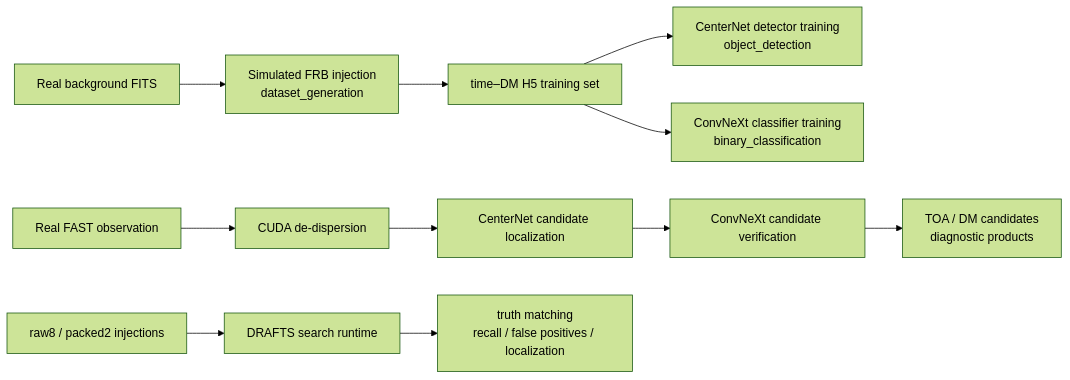
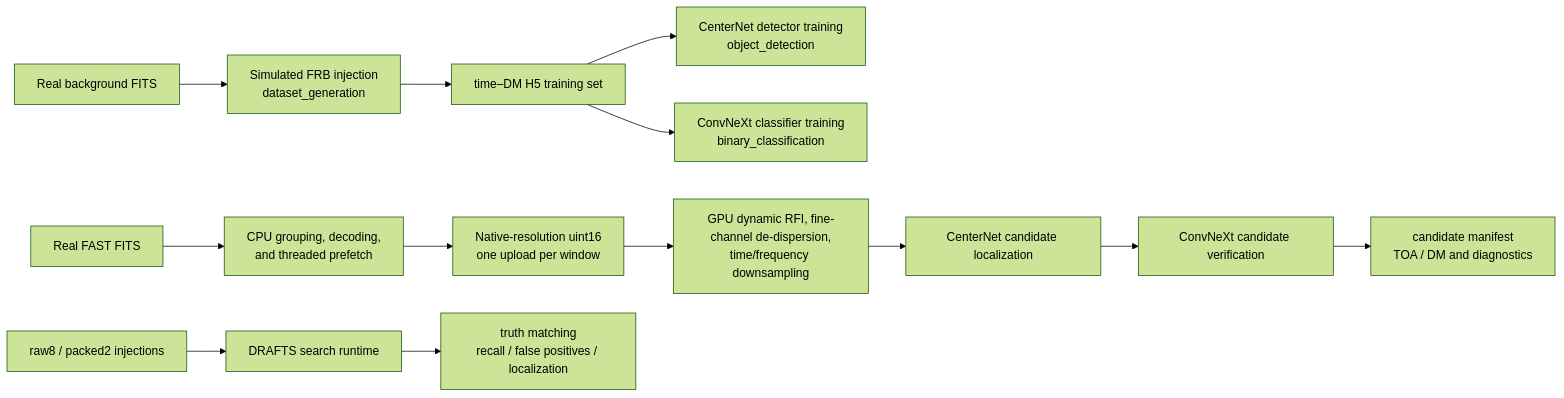
One commit to SukiYume/DRAFTS changed the diagram in README.en.md. Above: the diagram before and after it, drawn with Mermaid (forest theme). The commit also changed other lines of this file and 14 other files, not shown here.

````diff
--- a/README.en.md
+++ b/README.en.md
@@ -64,13 +70,15 @@
 ```mermaid
 flowchart LR
     A["Real background FITS"] --> B["Simulated FRB injection<br/>dataset_generation"]
     B --> C["time–DM H5 training set"]
     C --> D["CenterNet detector training<br/>object_detection"]
     C --> E["ConvNeXt classifier training<br/>binary_classification"]
-    F["Real FAST observation"] --> G["CUDA de-dispersion"]
+    F["Real FAST FITS"] --> P["CPU grouping, decoding,<br/>and threaded prefetch"]
+    P --> U["Native-resolution uint16<br/>one upload per window"]
+    U --> G["GPU dynamic RFI, fine-channel de-dispersion,<br/>time/frequency downsampling"]
     G --> D2["CenterNet candidate localization"]
     D2 --> E2["ConvNeXt candidate verification"]
-    E2 --> H["TOA / DM candidates<br/>diagnostic products"]
+    E2 --> H["candidate manifest<br/>TOA / DM and diagnostics"]
     I["raw8 / packed2 injections"] --> J["DRAFTS search runtime"]
     J --> K["truth matching<br/>recall / false positives / localization"]
 ```
````
